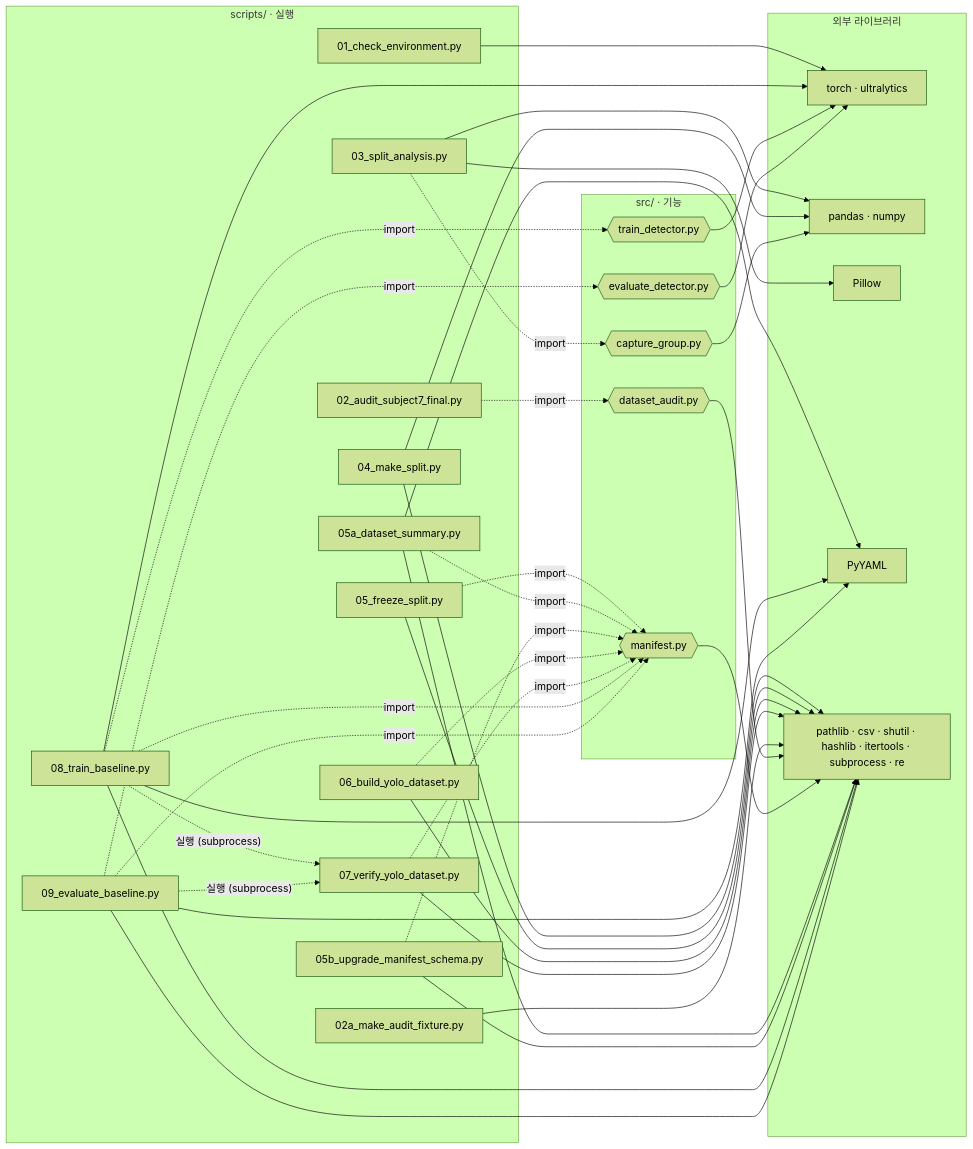
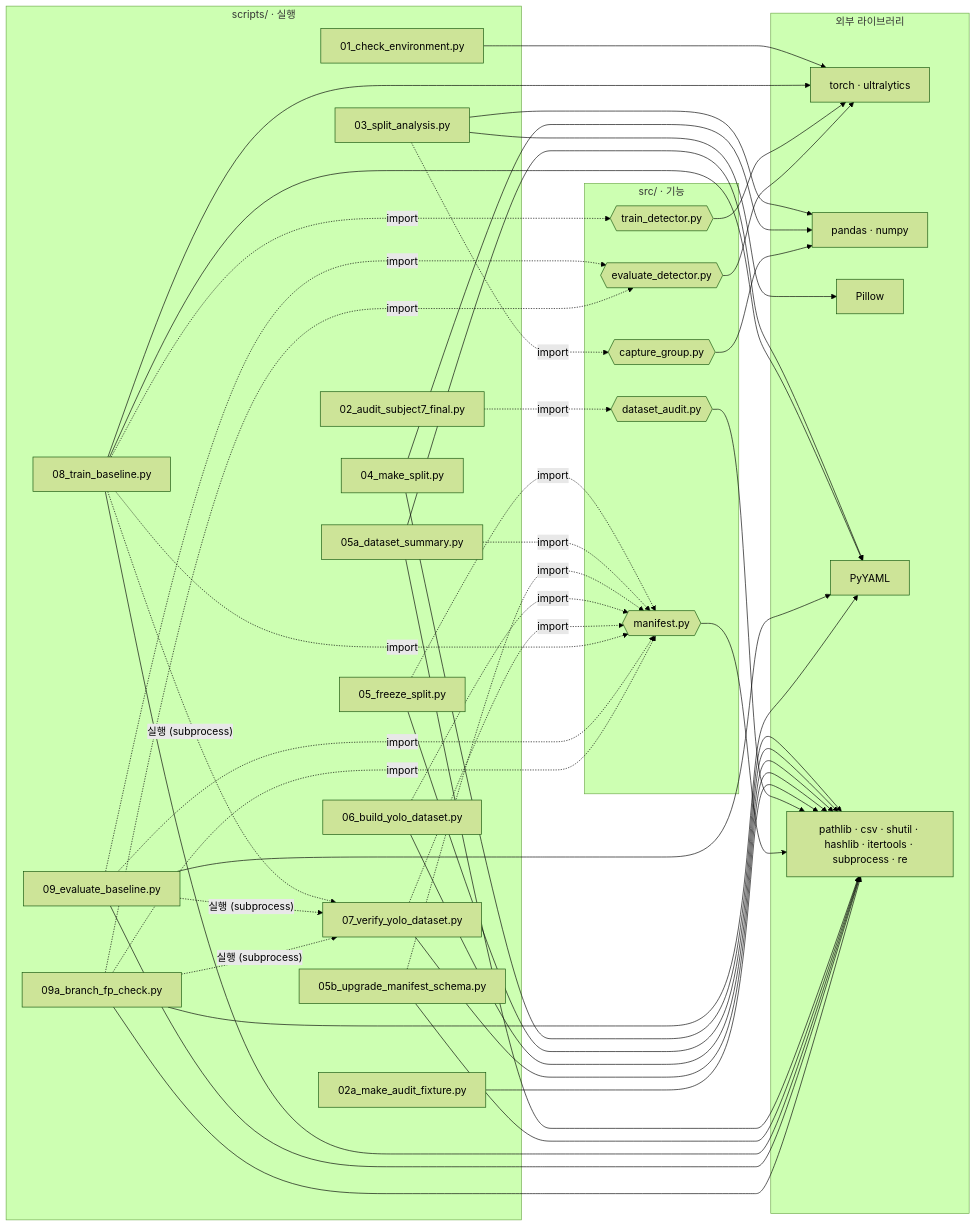
One commit to howolcat/prj2026.10 changed the second of 2 diagrams in prj08/docs/code_flow.md. Above: the diagram before and after it, drawn with Mermaid (forest theme). The commit also changed other lines of this file and 4 other files, not shown here.

Commit message:
docs: README.md 수정, 09_evaluate_baseline.md 수정, 09a_branch_fp_check.md 추가

````diff
--- a/prj08/docs/code_flow.md
+++ b/prj08/docs/code_flow.md
@@ -221,68 +240,74 @@
 ```mermaid
 flowchart LR
     subgraph SRC["src/ · 기능"]
         DA{{"dataset_audit.py"}}
         CG{{"capture_group.py"}}
         MF{{"manifest.py"}}
         TD{{"train_detector.py"}}
         ED{{"evaluate_detector.py"}}
     end
     subgraph SCR["scripts/ · 실행"]
         S01["01_check_environment.py"]
         S02A["02a_make_audit_fixture.py"]
         S02["02_audit_subject7_final.py"]
         S03["03_split_analysis.py"]
         S04["04_make_split.py"]
         S05["05_freeze_split.py"]
         S05A["05a_dataset_summary.py"]
         S05B["05b_upgrade_manifest_schema.py"]
         S06["06_build_yolo_dataset.py"]
         S07["07_verify_yolo_dataset.py"]
         S08["08_train_baseline.py"]
         S09["09_evaluate_baseline.py"]
+        S09A["09a_branch_fp_check.py"]
     end
     subgraph LIB["외부 라이브러리"]
         T["torch · ultralytics"]
         PD["pandas · numpy"]
         PIL["Pillow"]
         YML["PyYAML"]
         STD["pathlib · csv · shutil · hashlib · itertools · subprocess · re"]
     end
 
     S01 --> T
     S02 -.->|import| DA
     S03 -.->|import| CG
     S03 --> PIL
     S03 --> PD
     S04 --> PD
     S04 --> STD
     S05 --> STD
     S06 --> STD
     S07 --> STD
     S02A --> STD
     DA --> STD
     CG --> PD
 
     S05 -.->|import| MF
     S05A -.->|import| MF
     S05B -.->|import| MF
     S06 -.->|import| MF
     S07 -.->|import| MF
     S08 -.->|import| MF
     S09 -.->|import| MF
     S08 -.->|import| TD
     S09 -.->|import| ED
+    S09A -.->|import| MF
+    S09A -.->|import| ED
     S08 -.->|"실행 (subprocess)"| S07
     S09 -.->|"실행 (subprocess)"| S07
+    S09A -.->|"실행 (subprocess)"| S07
     MF --> STD
     S05A --> YML
     S08 --> YML
     S09 --> YML
+    S09A --> YML
     S08 --> T
     TD --> T
     ED --> T
     S05A --> STD
     S05B --> STD
     S08 --> STD
     S09 --> STD
+    S09A --> STD
 ```
````
